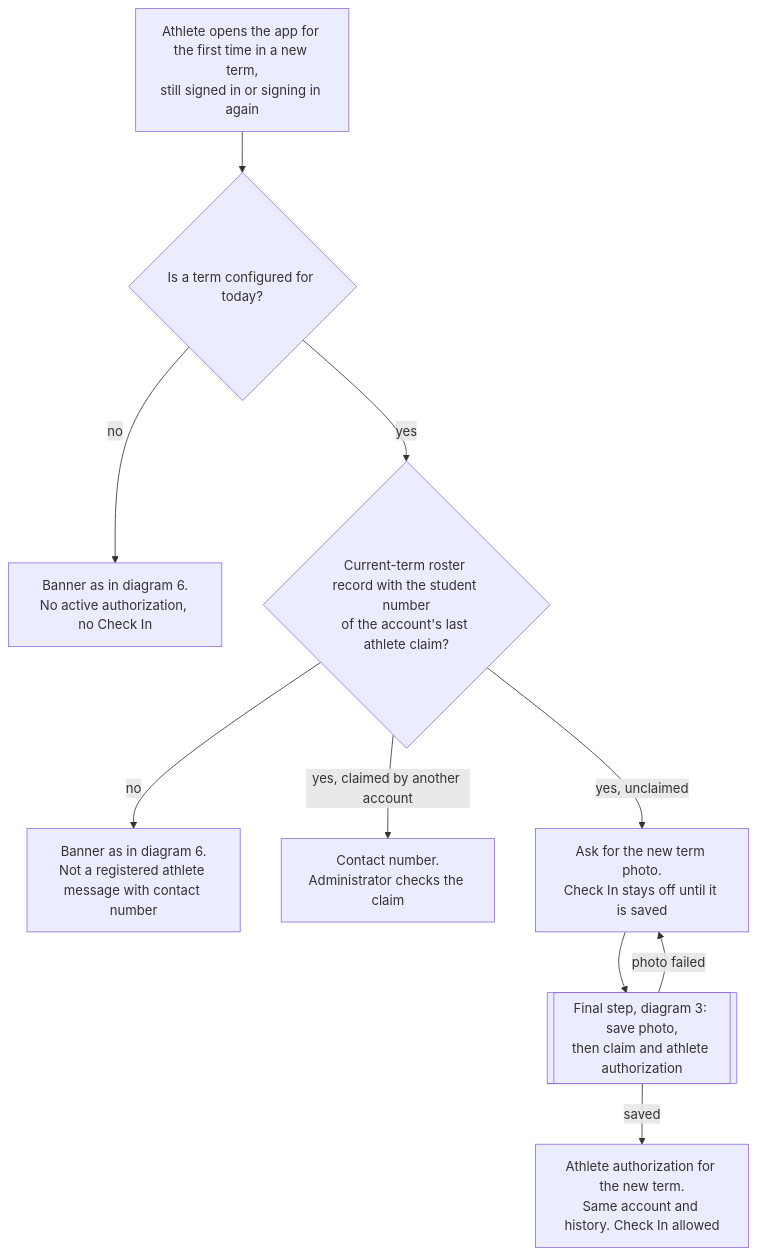
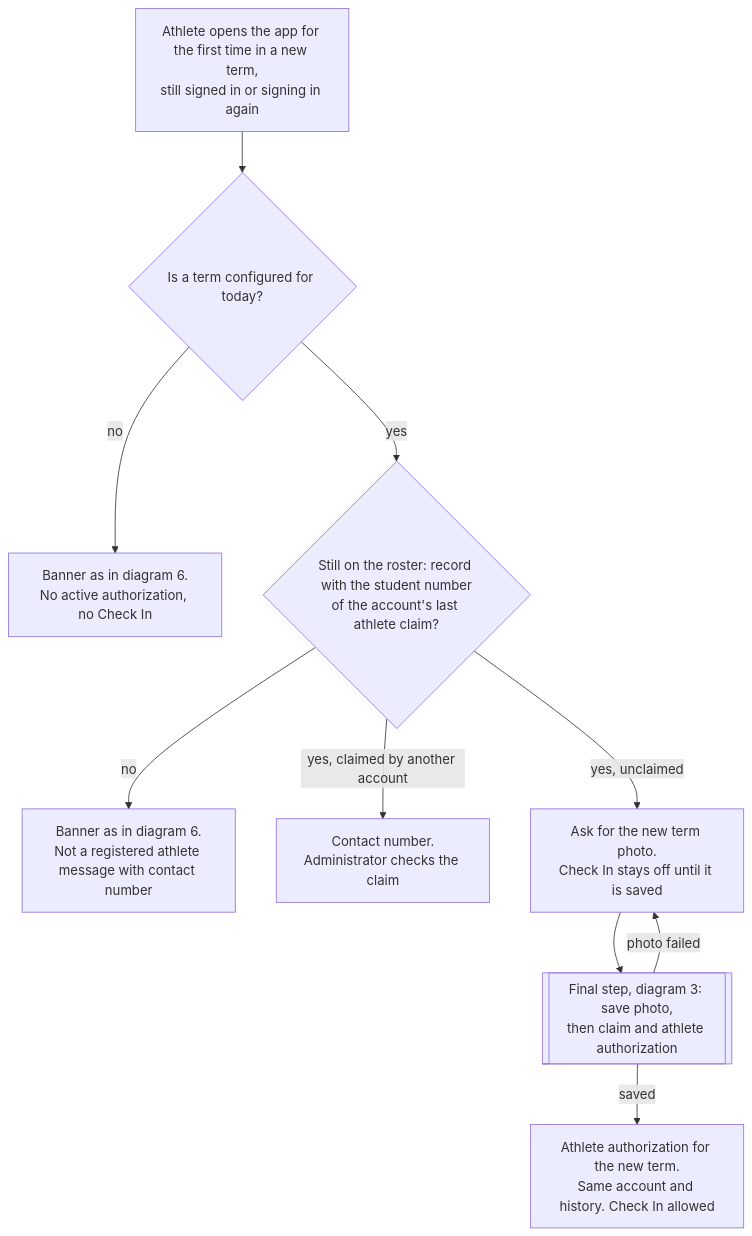
The seventh of 8 diagrams in docs/design/registration-flows.md (Th3-Minorities/natatorio-gym-app), drawn with Mermaid before and after one commit. The commit also changed other lines of this file and 13 other files, not shown here.

Commit message:
Record the Athletic Activities meeting decisions (E-114 to E-139) on main so the team plans from current docs before #13 merges

````diff
--- a/docs/design/registration-flows.md
+++ b/docs/design/registration-flows.md
@@ -260,12 +244,12 @@
 ```mermaid
 flowchart TD
   START["Athlete opens the app for the first time in a new term,<br/>still signed in or signing in again"] --> T{"Is a term configured for today?"}
   T -->|"no"| X0["Banner as in diagram 6.<br/>No active authorization, no Check In"]
-  T -->|"yes"| M{"Current-term roster record with the student number<br/>of the account's last athlete claim?"}
+  T -->|"yes"| M{"Still on the roster: record with the student number<br/>of the account's last athlete claim?"}
   M -->|"no"| X1["Banner as in diagram 6.<br/>Not a registered athlete message with contact number"]
   M -->|"yes, claimed by another account"| X2["Contact number.<br/>Administrator checks the claim"]
   M -->|"yes, unclaimed"| PH["Ask for the new term photo.<br/>Check In stays off until it is saved"]
   PH --> FIN[["Final step, diagram 3: save photo,<br/>then claim and athlete authorization"]]
   FIN -->|"photo failed"| PH
   FIN -->|"saved"| OK["Athlete authorization for the new term.<br/>Same account and history. Check In allowed"]
 ```
````
